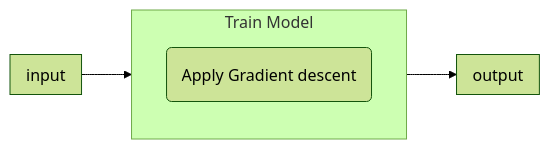
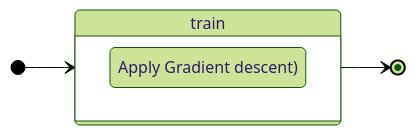
One commit to farinaleo/linear_regression changed the fourth of 4 diagrams in README.md. Above: the diagram before and after it, drawn with Mermaid (forest theme). The commit also changed other lines of this file, not shown here.

````diff
--- a/README.md
+++ b/README.md
@@ -91,15 +84,10 @@
 ```mermaid
-flowchart LR
-    subgraph input
-    end
-    
-    subgraph train["Train Model"]
+stateDiagram
+    direction LR
+    state train {
         direction TB
-            N_step1(Apply Gradient descent)
-    end
-    
-    subgraph output
-    end
-    
-    input --> train --> output
+            N_step1:Apply Gradient descent)
+    }  
+    [*] --> train
+    train --> [*]
 ```
````
